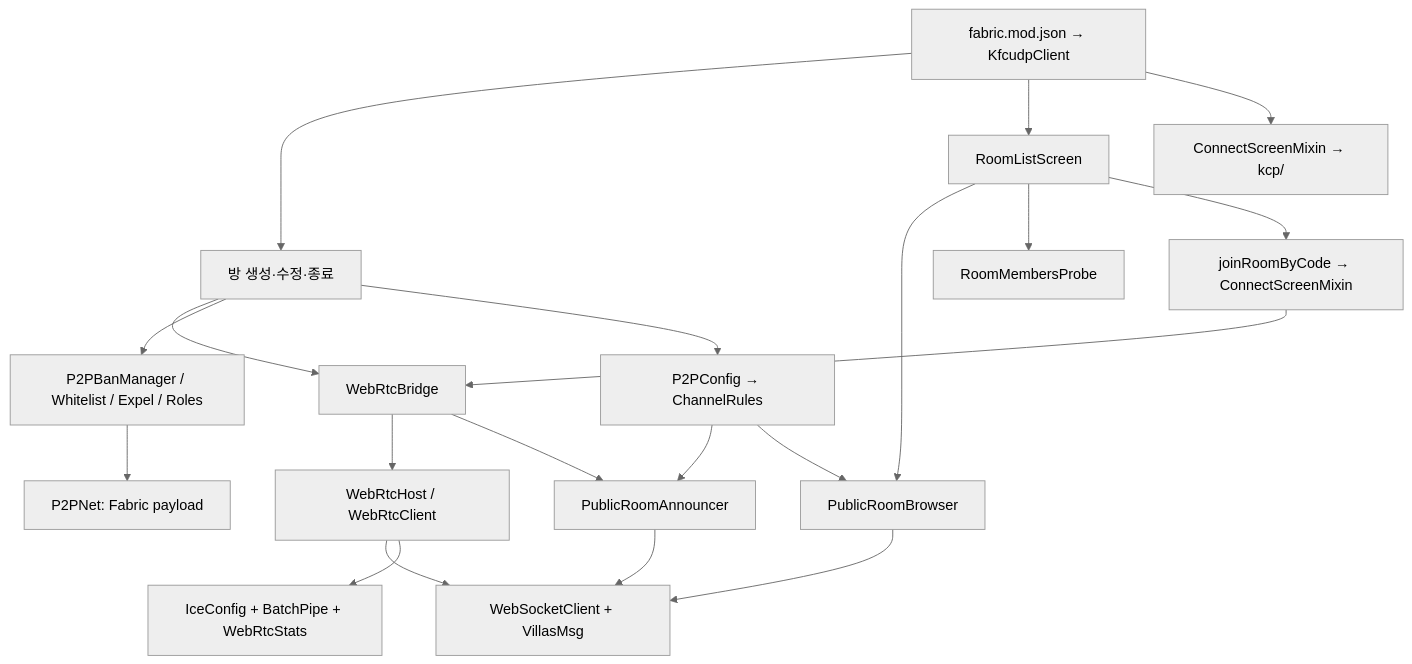
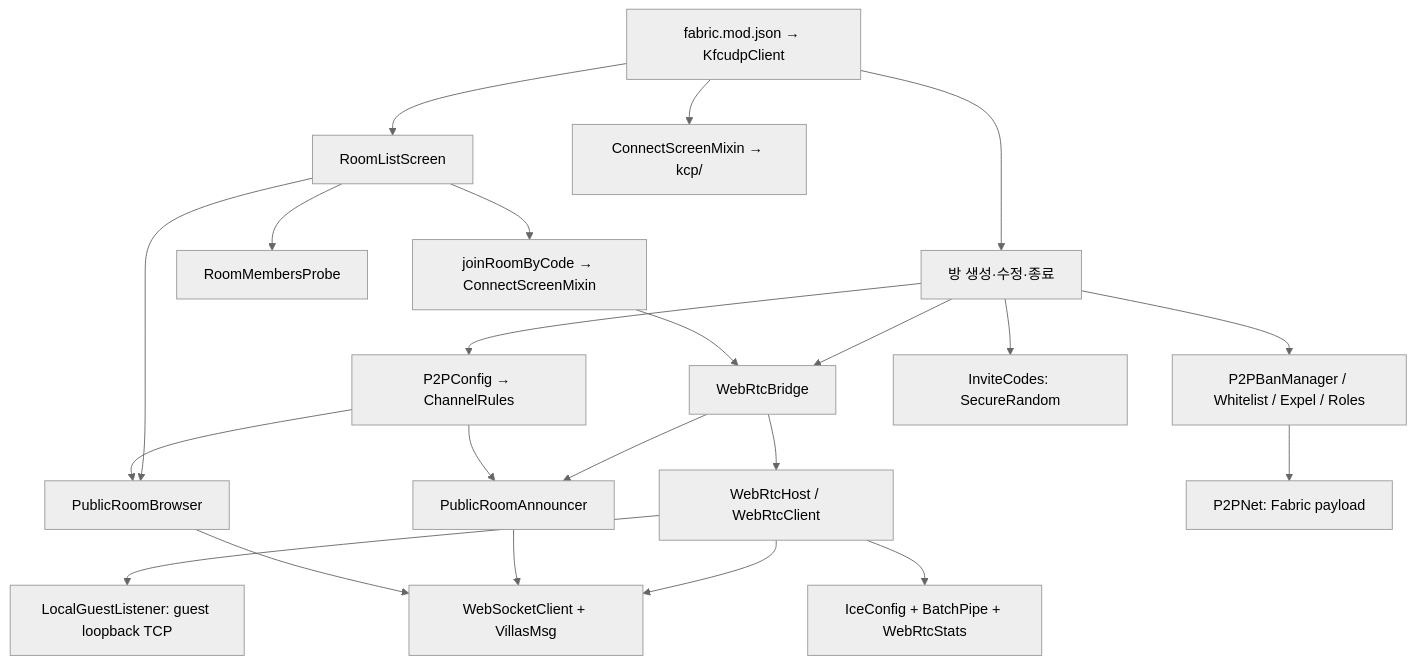
Before and after one commit to tjwlstj/kfcudp-instant-p2p: the diagram in docs/research/code-tree.md, drawn with Mermaid (neutral theme). The commit also changed other lines of this file and 43 other files, not shown here.

Commit message:
feat: secure guest loopback and invite codes with work guides

````diff
--- a/docs/research/code-tree.md
+++ b/docs/research/code-tree.md
@@ -97,22 +107,24 @@
 ```mermaid
 flowchart TD
     Entry["fabric.mod.json → KfcudpClient"] --> Host["방 생성·수정·종료"]
     Entry --> List["RoomListScreen"]
     Host --> Bridge["WebRtcBridge"]
     Bridge --> RTC["WebRtcHost / WebRtcClient"]
+    RTC --> Listener["LocalGuestListener: guest loopback TCP"]
     Bridge --> Announce["PublicRoomAnnouncer"]
     List --> Browser["PublicRoomBrowser"]
     List --> Probe["RoomMembersProbe"]
     List --> Join["joinRoomByCode → ConnectScreenMixin"]
     Join --> Bridge
     RTC --> Signal["WebSocketClient + VillasMsg"]
     RTC --> Pipe["IceConfig + BatchPipe + WebRtcStats"]
     Announce --> Signal
     Browser --> Signal
     Host --> Policy["P2PBanManager / Whitelist / Expel / Roles"]
     Policy --> GameWire["P2PNet: Fabric payload"]
     Host --> Config["P2PConfig → ChannelRules"]
+    Host --> Codes["InviteCodes: SecureRandom"]
     Config --> Announce
     Config --> Browser
     Entry --> KCP["ConnectScreenMixin → kcp/"]
 ```
````
